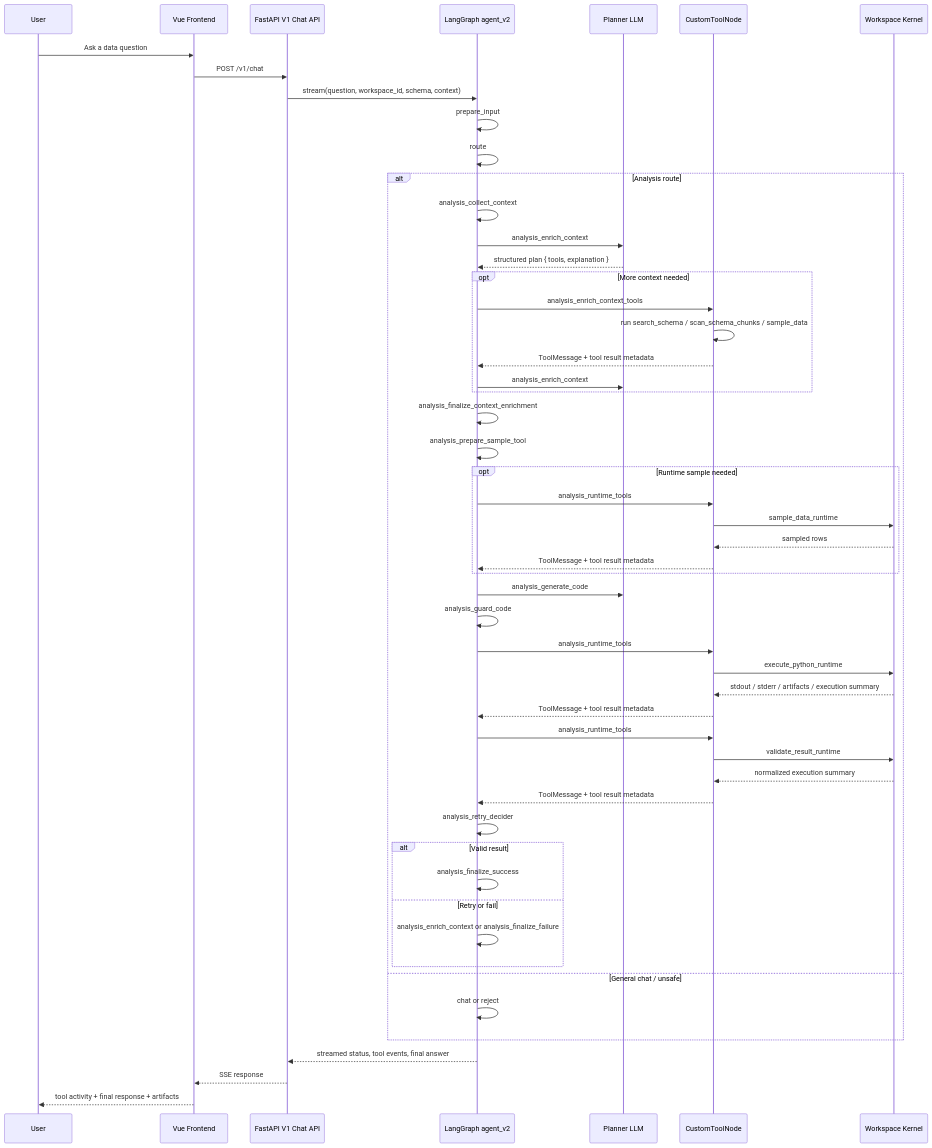
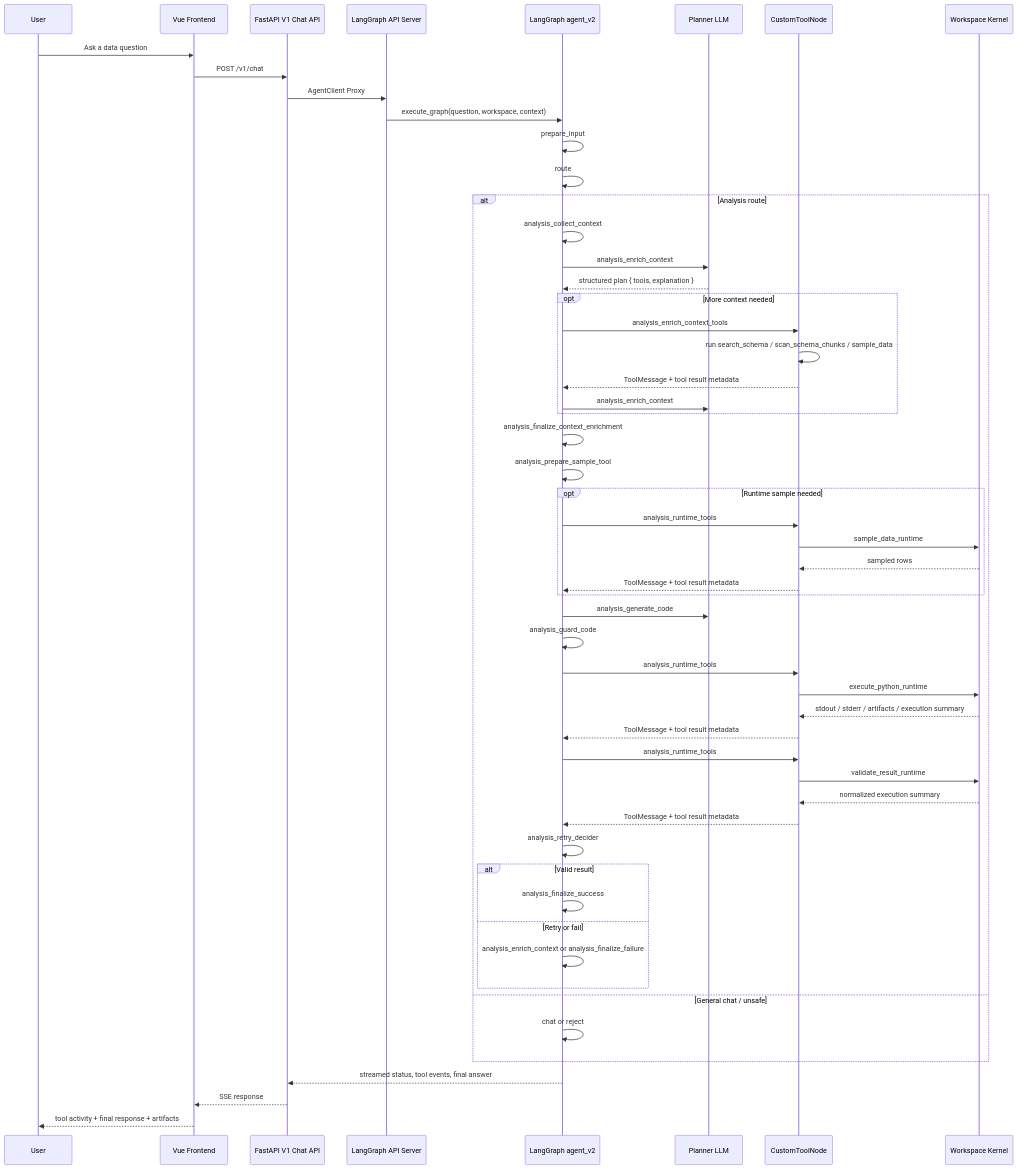
One commit to adarsh9780/inquira-ce changed the first of 4 diagrams in docs-site/docs/architecture.md. Above: the diagram before and after it, drawn with Mermaid. The commit also changed other lines of this file, not shown here.

First line of the commit message:
docs(site): accurately document the modular LangGraph API architecture

````diff
--- a/docs-site/docs/architecture.md
+++ b/docs-site/docs/architecture.md
@@ -39,65 +39,67 @@
 ```mermaid
 sequenceDiagram
     participant User as User
     participant Frontend as Vue Frontend
     participant API as FastAPI V1 Chat API
+    participant AgentService as LangGraph API Server
     participant Agent as LangGraph agent_v2
     participant Planner as Planner LLM
     participant ToolExec as CustomToolNode
     participant Kernel as Workspace Kernel
 
     User->>Frontend: Ask a data question
     Frontend->>API: POST /v1/chat
-    API->>Agent: stream(question, workspace_id, schema, context)
+    API->>AgentService: AgentClient Proxy
+    AgentService->>Agent: execute_graph(question, workspace, context)
 
     Agent->>Agent: prepare_input
     Agent->>Agent: route
 
     alt Analysis route
         Agent->>Agent: analysis_collect_context
         Agent->>Planner: analysis_enrich_context
         Planner-->>Agent: structured plan { tools, explanation }
 
         opt More context needed
             Agent->>ToolExec: analysis_enrich_context_tools
             ToolExec->>ToolExec: run search_schema / scan_schema_chunks / sample_data
             ToolExec-->>Agent: ToolMessage + tool result metadata
             Agent->>Planner: analysis_enrich_context
         end
 
         Agent->>Agent: analysis_finalize_context_enrichment
         Agent->>Agent: analysis_prepare_sample_tool
 
         opt Runtime sample needed
             Agent->>ToolExec: analysis_runtime_tools
             ToolExec->>Kernel: sample_data_runtime
             Kernel-->>ToolExec: sampled rows
             ToolExec-->>Agent: ToolMessage + tool result metadata
         end
 
         Agent->>Planner: analysis_generate_code
         Agent->>Agent: analysis_guard_code
         Agent->>ToolExec: analysis_runtime_tools
         ToolExec->>Kernel: execute_python_runtime
         Kernel-->>ToolExec: stdout / stderr / artifacts / execution summary
         ToolExec-->>Agent: ToolMessage + tool result metadata
 
         Agent->>ToolExec: analysis_runtime_tools
         ToolExec->>Kernel: validate_result_runtime
         Kernel-->>ToolExec: normalized execution summary
         ToolExec-->>Agent: ToolMessage + tool result metadata
 
         Agent->>Agent: analysis_retry_decider
         alt Valid result
             Agent->>Agent: analysis_finalize_success
         else Retry or fail
             Agent->>Agent: analysis_enrich_context or analysis_finalize_failure
         end
     else General chat / unsafe
         Agent->>Agent: chat or reject
     end
 
     Agent-->>API: streamed status, tool events, final answer
     API-->>Frontend: SSE response
     Frontend-->>User: tool activity + final response + artifacts
 ```
````
